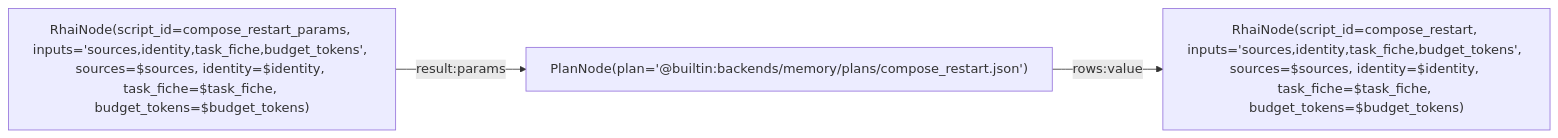
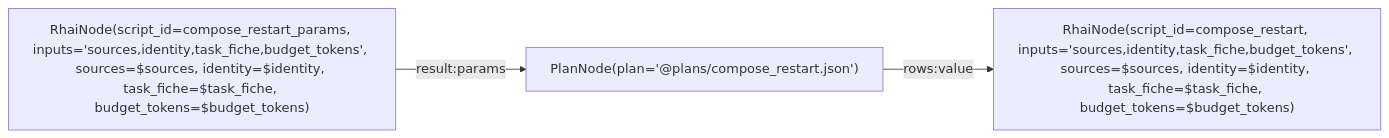
One commit to L-Defraiteur/rag3db changed the diagram in extension/rag3weaver/templates/backends/memory/graphs/compose_restart.mmd. Above: the diagram before and after it, drawn with Mermaid. The commit also changed 20 other files, not shown here.

Commit message:
feat(memoire): le gabarit memory cite ses graphes et ses Plans sur disque (@graphs/, @plans/), versés dans le gabarit : une copie éditée change ce que l'appel joue et la version du gabarit ; @builtin: ne reste que pour les outils génériques du moteur (select_structured, search_structured)

```diff
--- a/extension/rag3weaver/templates/backends/memory/graphs/compose_restart.mmd
+++ b/extension/rag3weaver/templates/backends/memory/graphs/compose_restart.mmd
@@ -1,14 +1,14 @@
 %% tool: compose_restart
 %% description: Compose le contexte qui repart après une compaction (page du 15 novembre 2026, « la compaction est l'archiviste »), dans un budget en jetons, par priorité : l'identité (le dernier apport identity de sa fiche), la fiche de tâche (sa phrase, son dernier plan), le bilan (une ligne par L1 de la session, dans l'ordre des tours : `turns a-b → fiche:<nom>`), les L1 de la session dans l'ordre où ils ont été pris (la fiche en marge), puis les L1 des autres sur les mêmes fiches, les plus récents d'abord. Un L1 entre en entier ou reste au rappel (left_to_recall), jamais coupé. Les jetons sont estimés (ceil(caractères / 4), rendu dans estimate). Lecture seule : rien n'est écrit, le bilan rendu s'écrit par put_apport s'il le faut. Les 2000 apports les plus récents des fiches touchées sont lus.
 %% param: sources json = [] -- Les chemins des L0 de la session (sources/…), une liste non vide : leurs L1 sont ceux de la session.
 %% param: identity string = "" -- La fiche d'identité de l'agent (agent:<clé>) ; vide, pas de section identité.
 %% param: task_fiche string = "" -- La fiche de la tâche courante ; vide, pas de section tâche.
 %% param: budget_tokens int = 100000 -- Le budget du contexte rendu, en jetons estimés.
 %% result: rendre.result
 
 graph LR
     params["RhaiNode(script_id=compose_restart_params, inputs='sources,identity,task_fiche,budget_tokens', sources=$sources, identity=$identity, task_fiche=$task_fiche, budget_tokens=$budget_tokens)"]
-    plan["PlanNode(plan='@builtin:backends/memory/plans/compose_restart.json')"]
+    plan["PlanNode(plan='@plans/compose_restart.json')"]
     rendre["RhaiNode(script_id=compose_restart, inputs='sources,identity,task_fiche,budget_tokens', sources=$sources, identity=$identity, task_fiche=$task_fiche, budget_tokens=$budget_tokens)"]
     params -->|result:params| plan
     plan -->|rows:value| rendre
```
